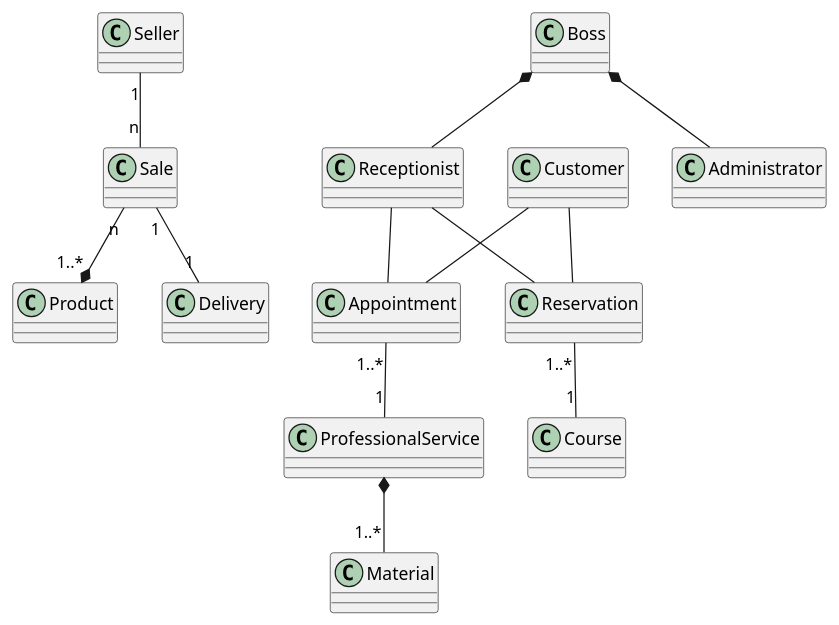
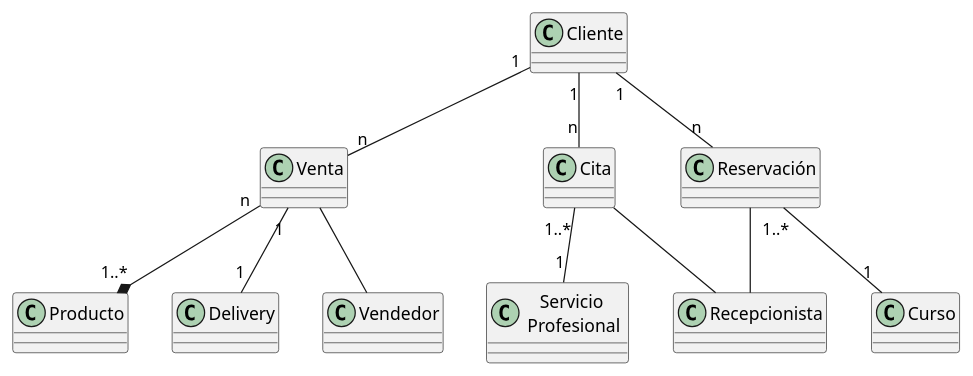
The diagram in business-model.puml (Kenny-Tinoco/galy-studio-web-system.doc), drawn with PlantUML before and after one commit. The commit also changed 1 other file, not shown here.

```diff
--- a/business-model.puml
+++ b/business-model.puml
@@ -1,35 +1,30 @@
 @startuml
 skinparam BackgroundColor transparent
 
-Seller "1" -- "n" Sale
-Sale "n" --* "1..*" Product
-Sale "1" -- "1" Delivery
+Cliente "1" -- "n" Venta
+Venta "n" --* "1..*" Producto
+Venta "1" -- "1" Delivery
 
-class Seller
-class Sale
+class Venta
 class Delivery
-class Product
+class Producto
 
-Boss *-- Receptionist
-Boss *-- Administrator
+Cita -- Recepcionista
+Reservación -- Recepcionista
 
-Receptionist -- Appointment
-Receptionist -- Reservation
+Cliente "1" -- "n" Cita
+Cliente "1" -- "n" Reservación
 
-Customer -- Appointment
-Customer -- Reservation
+Reservación "1..*" -- "1" Curso
+Cita "1..*" -- "1" "Servicio \n Profesional "
+Venta -- Vendedor
 
-Reservation "1..*" -- "1" Course
-Appointment "1..*" -- "1" ProfessionalService
-ProfessionalService *-- "1..*" Material
-
-
-class Receptionist
-class Appointment
-class ProfessionalService
-class Material
-class Customer
-class Reservation
-class Course
+class Recepcionista
+class Cita
+class "Servicio \n Profesional "
+class Cliente
+class Reservación
+class Curso
+class Vendedor
 
 @enduml
```
